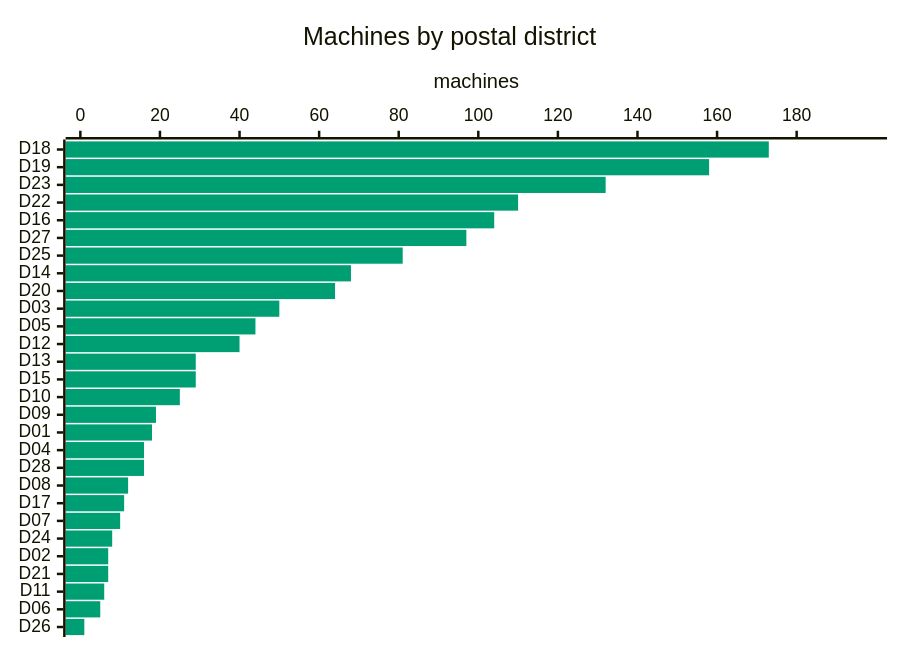
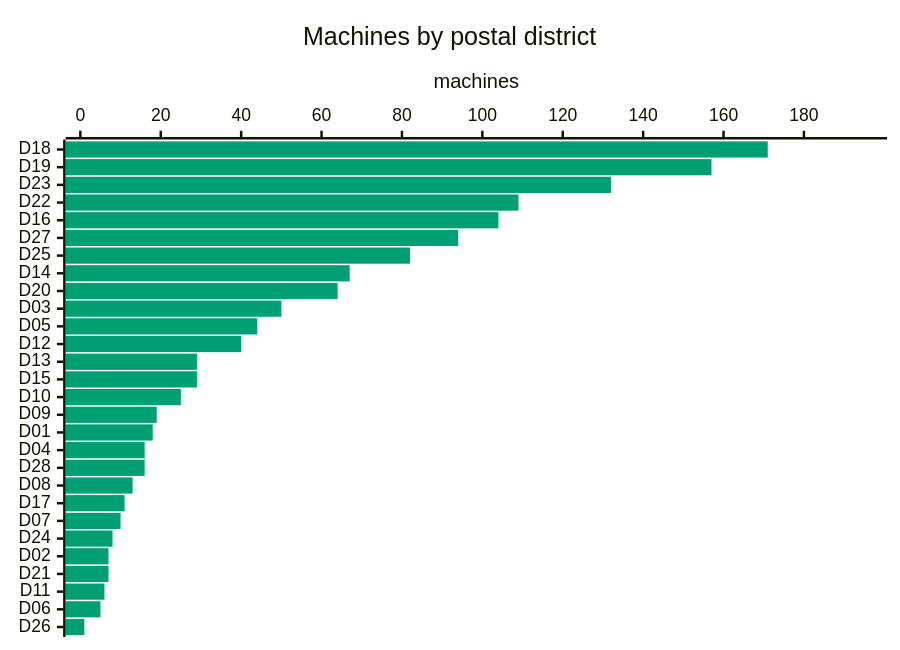
Before and after one commit to cheeaun/returnright-data: the fourth of 7 diagrams in ANALYSIS.md, drawn with Mermaid. The commit also changed other lines of this file and 3 other files, not shown here.

````diff
--- a/ANALYSIS.md
+++ b/ANALYSIS.md
@@ -123,16 +122,16 @@
 ```mermaid
 ---
 config:
   themeVariables:
     xyChart:
       plotColorPalette: "#009E73"
   xyChart:
     chartOrientation: "horizontal"
     plotReservedSpacePercent: 40
 ---
 xychart-beta
     title "Machines by postal district"
     x-axis ["D18", "D19", "D23", "D22", "D16", "D27", "D25", "D14", "D20", "D03", "D05", "D12", "D13", "D15", "D10", "D09", "D01", "D04", "D28", "D08", "D17", "D07", "D24", "D02", "D21", "D11", "D06", "D26"]
-    y-axis "machines" 0 --> 199
-    bar [173, 158, 132, 110, 104, 97, 81, 68, 64, 50, 44, 40, 29, 29, 25, 19, 18, 16, 16, 12, 11, 10, 8, 7, 7, 6, 5, 1]
+    y-axis "machines" 0 --> 197
+    bar [171, 157, 132, 109, 104, 94, 82, 67, 64, 50, 44, 40, 29, 29, 25, 19, 18, 16, 16, 13, 11, 10, 8, 7, 7, 6, 5, 1]
 ```
````
